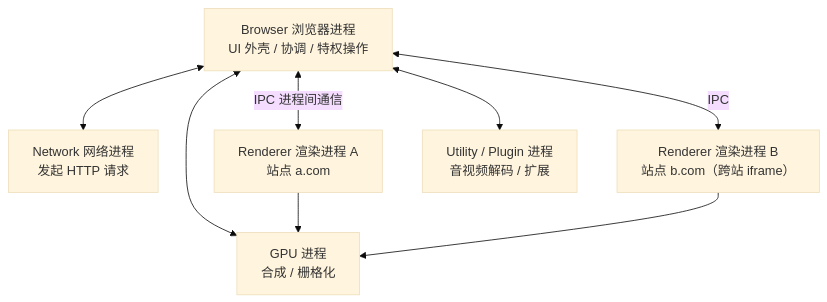
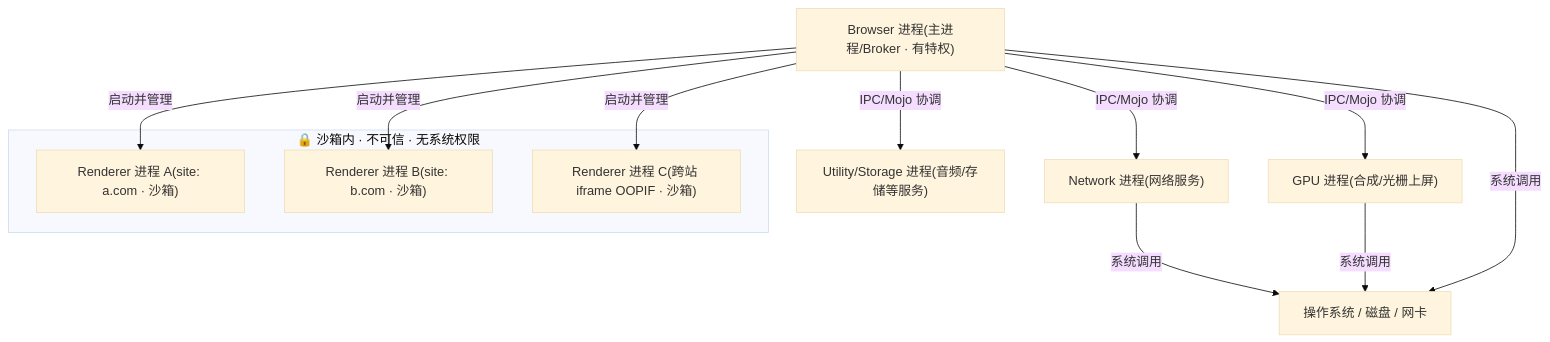
The first of 3 diagrams in 18-browser-principles/01-browser-architecture/README.md (boyley/frontend-learning), drawn with Mermaid (base theme) before and after one commit. The commit also changed other lines of this file and 101 other files, not shown here.

````diff
--- a/18-browser-principles/01-browser-architecture/README.md
+++ b/18-browser-principles/01-browser-architecture/README.md
@@ -42,17 +76,20 @@
 ```mermaid
 graph TD
-    B["Browser 浏览器进程<br/>UI 外壳 / 协调 / 特权操作"]
-    N["Network 网络进程<br/>发起 HTTP 请求"]
-    G["GPU 进程<br/>合成 / 栅格化"]
-    R1["Renderer 渲染进程 A<br/>站点 a.com"]
-    R2["Renderer 渲染进程 B<br/>站点 b.com（跨站 iframe）"]
-    U["Utility / Plugin 进程<br/>音视频解码 / 扩展"]
+    B["Browser 进程(主进程/Broker · 有特权)"]
+    B -->|IPC/Mojo 协调| N["Network 进程(网络服务)"]
+    B -->|IPC/Mojo 协调| G["GPU 进程(合成/光栅上屏)"]
+    B -->|IPC/Mojo 协调| U["Utility/Storage 进程(音频/存储等服务)"]
+    B -->|启动并管理| R1["Renderer 进程 A(site: a.com · 沙箱)"]
+    B -->|启动并管理| R2["Renderer 进程 B(site: b.com · 沙箱)"]
+    B -->|启动并管理| R3["Renderer 进程 C(跨站 iframe OOPIF · 沙箱)"]
 
-    B <--> N
-    B <--> G
-    B <-->|IPC 进程间通信| R1
-    B <-->|IPC| R2
-    B <--> U
-    R1 --> G
-    R2 --> G
+    subgraph 沙箱区["🔒 沙箱内 · 不可信 · 无系统权限"]
+        R1
+        R2
+        R3
+    end
+
+    N -->|系统调用| OS["操作系统 / 磁盘 / 网卡"]
+    G -->|系统调用| OS
+    B -->|系统调用| OS
 ```
````
